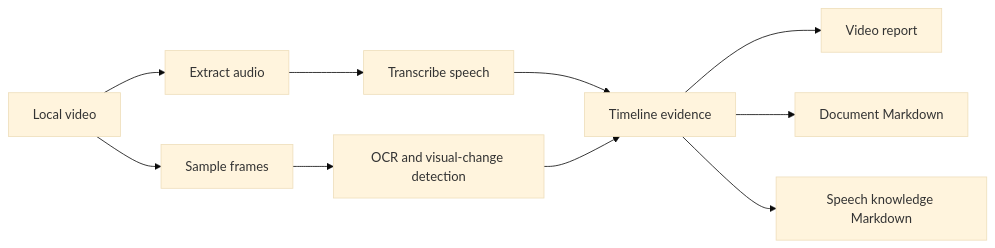
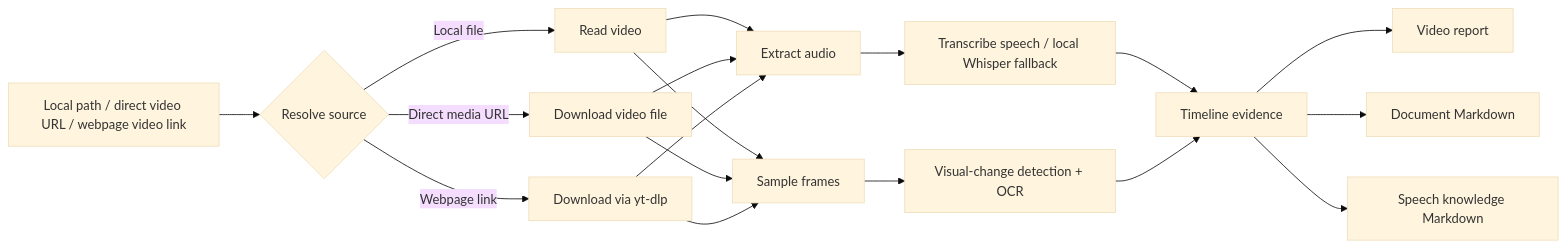
One commit to Dublin1231/Video-Understanding-Skill changed the diagram in README.en.md. Above: the diagram before and after it, drawn with Mermaid (base theme). The commit also changed 2 other files, not shown here.

Commit message:
Update video workflow docs

````diff
--- a/README.en.md
+++ b/README.en.md
@@ -113,12 +113,20 @@
 ```mermaid
 flowchart LR
-  A["Local video"] --> B["Extract audio"]
-  A --> C["Sample frames"]
-  B --> D["Transcribe speech"]
-  C --> E["OCR and visual-change detection"]
-  D --> F["Timeline evidence"]
+  A["Local path / direct video URL / webpage video link"] --> B{"Resolve source"}
+  B -->|"Local file"| C["Read video"]
+  B -->|"Direct media URL"| D["Download video file"]
+  B -->|"Webpage link"| E["Download via yt-dlp"]
+  C --> F["Extract audio"]
+  D --> F
   E --> F
-  F --> G["Video report"]
-  F --> H["Document Markdown"]
-  F --> I["Speech knowledge Markdown"]
+  C --> G["Sample frames"]
+  D --> G
+  E --> G
+  F --> H["Transcribe speech / local Whisper fallback"]
+  G --> I["Visual-change detection + OCR"]
+  H --> J["Timeline evidence"]
+  I --> J
+  J --> K["Video report"]
+  J --> L["Document Markdown"]
+  J --> M["Speech knowledge Markdown"]
 ```
````
